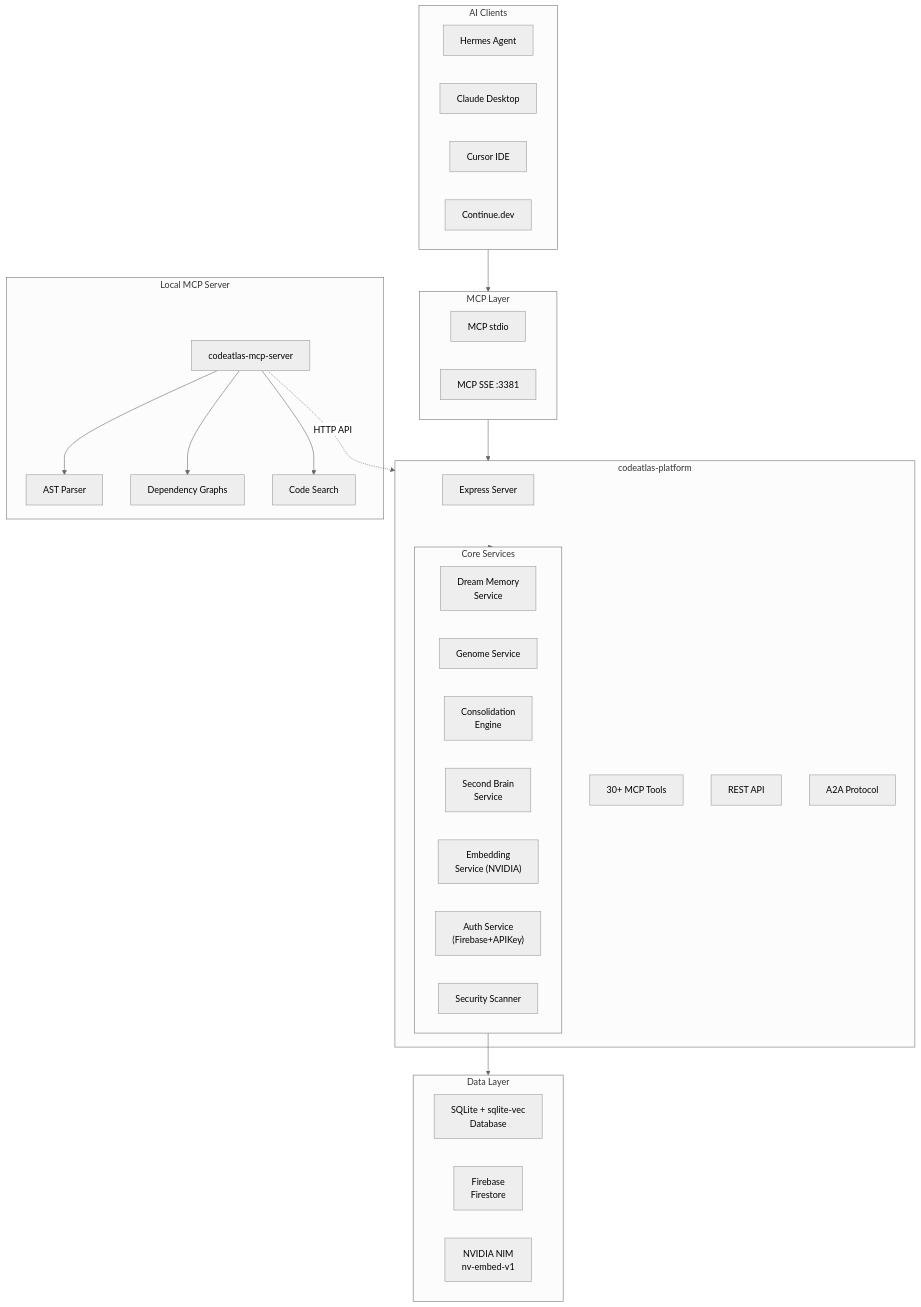
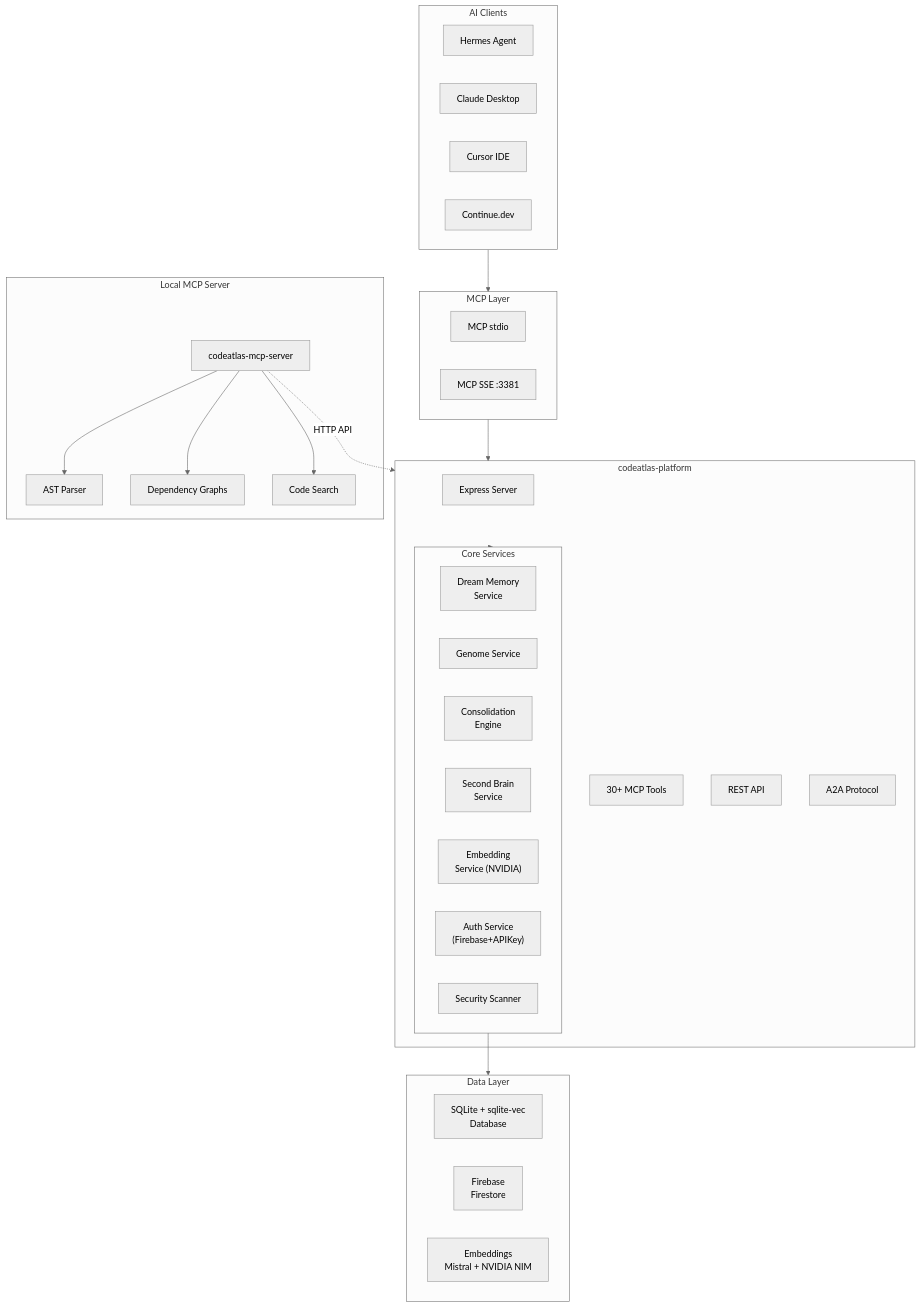
The diagram in docs/diagrams/system.mmd (giauphan/codeatlas-platform), drawn with Mermaid (neutral theme) before and after one commit. The commit also changed 7 other files, not shown here.

First line of the commit message:
Add Mistral embeddings with cross-provider failover

```diff
--- a/docs/diagrams/system.mmd
+++ b/docs/diagrams/system.mmd
@@ -1,51 +1,51 @@
 flowchart TB
     subgraph Clients["AI Clients"]
         Hermes["Hermes Agent"]
         Claude["Claude Desktop"]
         Cursor["Cursor IDE"]
         Continue["Continue.dev"]
     end
 
     subgraph MCPLayer["MCP Layer"]
         MCPstdio["MCP stdio"]
         MCPsse["MCP SSE :3381"]
     end
 
     subgraph Platform["codeatlas-platform"]
         Express["Express Server"]
         MCPTools["30+ MCP Tools"]
         REST["REST API"]
         A2A["A2A Protocol"]
         
         subgraph Services["Core Services"]
             Dreams["Dream Memory<br/>Service"]
             Genome["Genome Service"]
             Consolidation["Consolidation<br/>Engine"]
             SecondBrain["Second Brain<br/>Service"]
             Embedding["Embedding<br/>Service (NVIDIA)"]
             Auth["Auth Service<br/>(Firebase+APIKey)"]
             Scanner["Security Scanner"]
         end
     end
 
     subgraph DataLayer["Data Layer"]
         SQLite["SQLite + sqlite-vec<br/>Database"]
         Firebase["Firebase<br/>Firestore"]
-        NVIDIA["NVIDIA NIM<br/>nv-embed-v1"]
+        NVIDIA["Embeddings<br/>Mistral + NVIDIA NIM"]
     end
 
     subgraph Local["Local MCP Server"]
         MCPServer["codeatlas-mcp-server"]
         AST["AST Parser"]
         DepGraph["Dependency Graphs"]
         CodeSearch["Code Search"]
     end
 
     Clients --> MCPLayer
     MCPLayer --> Platform
     Platform --> Services
     Services --> DataLayer
     MCPServer --> AST
     MCPServer --> DepGraph
     MCPServer --> CodeSearch
     MCPServer -.->|HTTP API| Platform
```
